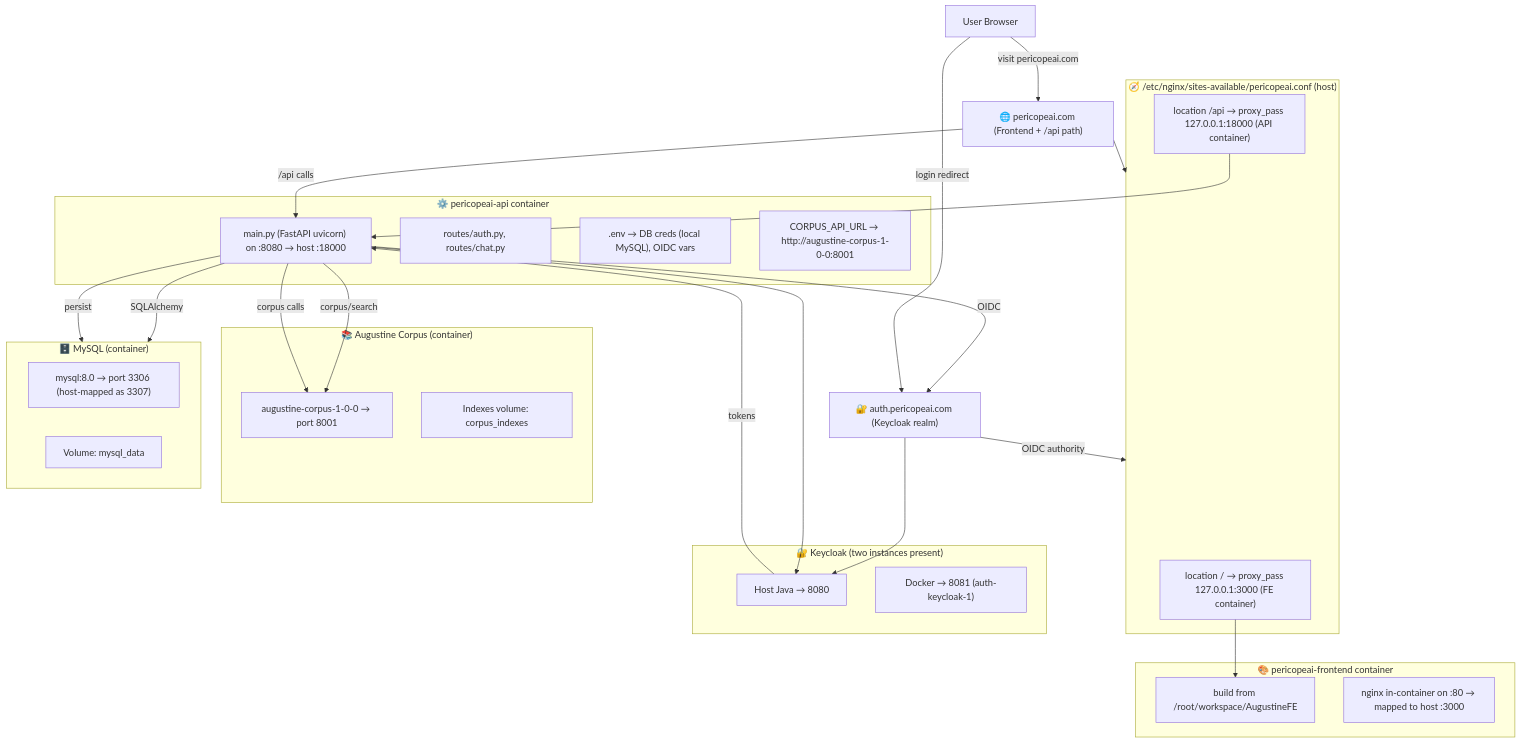
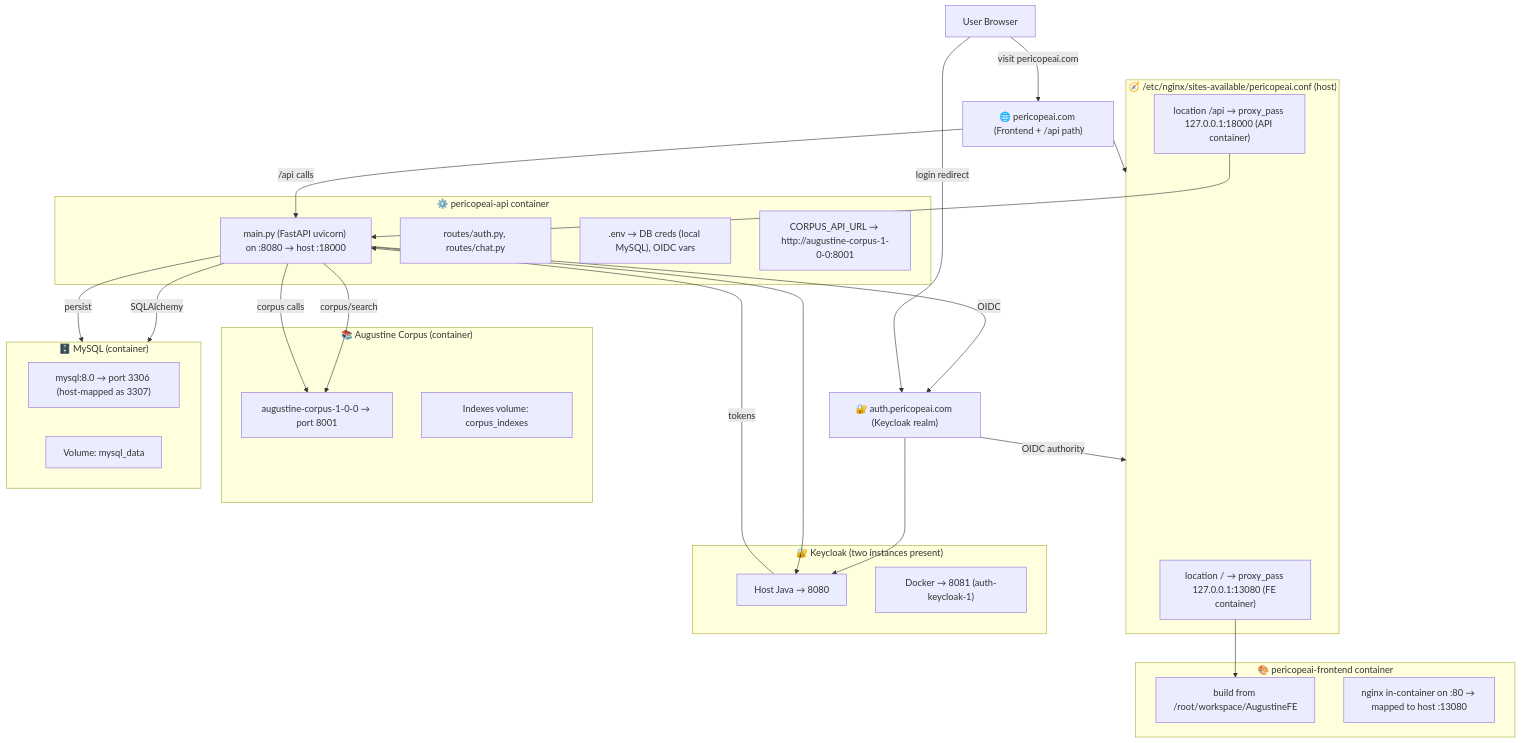
The diagram in docs/pericope-ai.mmd (benlagrone/fortress-phronesis), drawn with Mermaid before and after one commit. The commit also changed 31 other files, not shown here.

```diff
--- a/docs/pericope-ai.mmd
+++ b/docs/pericope-ai.mmd
@@ -1,66 +1,66 @@
 graph TD
 
 %% ─── ENTRYPOINTS ─────────────────────────────
 A1["🌐 pericopeai.com (Frontend + /api path)"]
 A2["🔐 auth.pericopeai.com (Keycloak realm)"]
 
 %% ─── NGINX CONFIGURATION ─────────────────────
 subgraph S1["🧭 /etc/nginx/sites-available/pericopeai.conf (host)"]
-  S1a["location / → proxy_pass 127.0.0.1:3000 (FE container)"]
+  S1a["location / → proxy_pass 127.0.0.1:13080 (FE container)"]
   S1b["location /api → proxy_pass 127.0.0.1:18000 (API container)"]
 end
 
 A1 --> S1
 A2 -->|OIDC authority| S1
 
 %% ─── FRONTEND (CONTAINER) ─────────────────────
 subgraph S2["🎨 pericopeai-frontend container"]
   S2a["build from /root/workspace/AugustineFE"]
-  S2b["nginx in-container on :80 → mapped to host :3000"]
+  S2b["nginx in-container on :80 → mapped to host :13080"]
 end
 
 S1a --> S2a
 
 %% ─── BACKEND (CONTAINER) ─────────────────────
 subgraph S3["⚙️ pericopeai-api container"]
   S3a["main.py (FastAPI uvicorn) on :8080 → host :18000"]
   S3b["routes/auth.py, routes/chat.py"]
   S3c[".env → DB creds (local MySQL), OIDC vars"]
   S3d["CORPUS_API_URL → http://augustine-corpus-1-0-0:8001"]
 end
 
 S1b --> S3a
 S3a -->|OIDC| A2
 S3a -->|corpus/search| S4a
 
 %% ─── CORPUS SERVICE ──────────────────────────
 subgraph S4["📚 Augustine Corpus (container)"]
   S4a["augustine-corpus-1-0-0 → port 8001"]
   S4b["Indexes volume: corpus_indexes"]
 end
 
 %% ─── DATABASE ────────────────────────────────
 subgraph S5["🗄️ MySQL (container)"]
   S5a["mysql:8.0 → port 3306 (host-mapped as 3307)"]
   S5b["Volume: mysql_data"]
 end
 
 S3a -->|SQLAlchemy| S5
 
 %% ─── AUTH SERVER ─────────────────────────────
 subgraph S6["🔐 Keycloak (two instances present)"]
   S6a["Host Java → 8080"]
   S6b["Docker → 8081 (auth-keycloak-1)"]
 end
 
 A2 --> S6a
 S3a --> S6a
 
 %% ─── LOGICAL FLOW ────────────────────────────
 User["User Browser"] -->|visit pericopeai.com| A1
 User -->|login redirect| A2
 A1 -->|/api calls| S3a
 S3a -->|persist| S5
 S6a -->|tokens| S3a
 S3a -->|corpus calls| S4a
 %% Note: API served via path /api on pericopeai.com (api.* subdomain unused).
```
